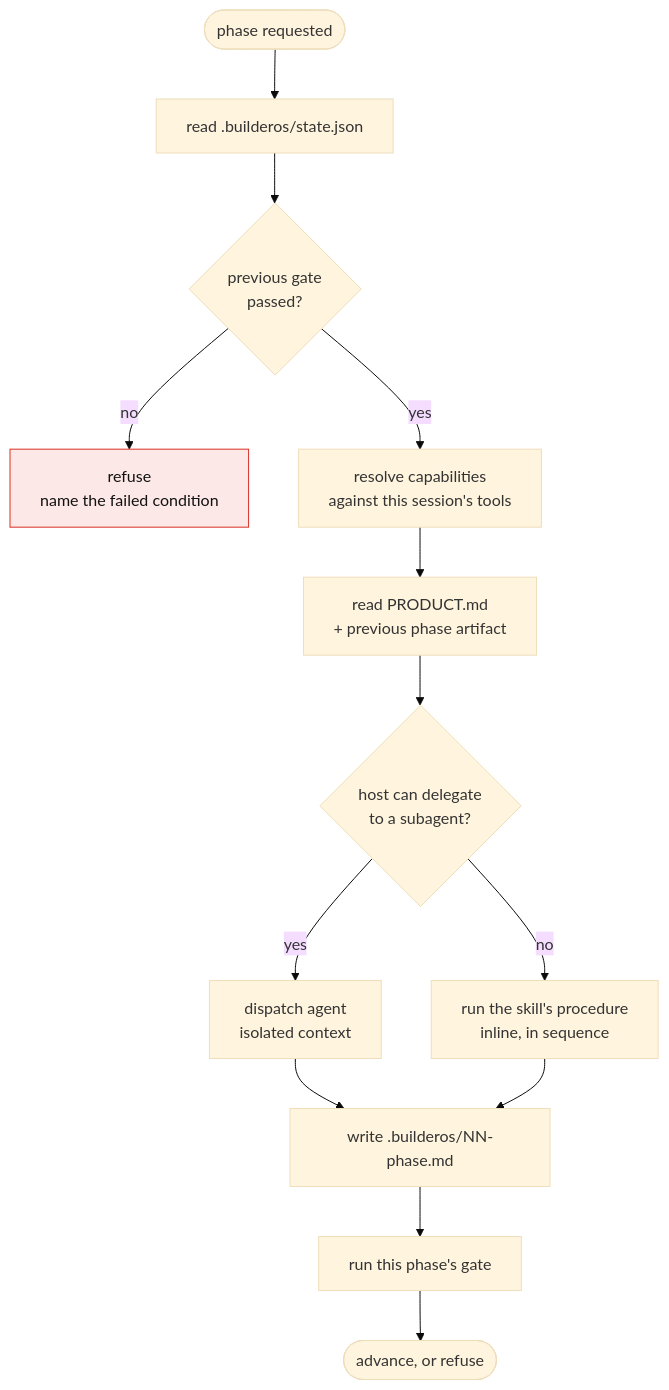
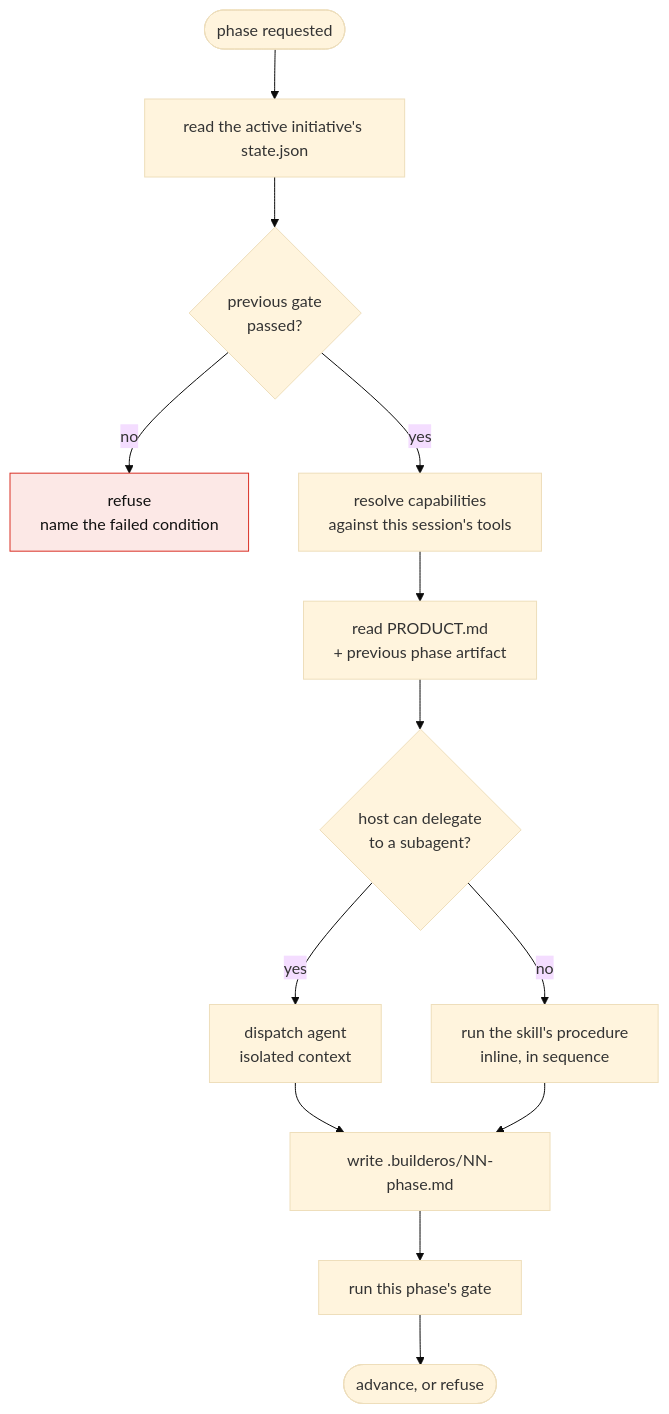
Before and after one commit to mariomile/builder-os: the fourth of 5 diagrams in README.md, drawn with Mermaid (base theme). The commit also changed other lines of this file and 110 other files, not shown here.

````diff
--- a/README.md
+++ b/README.md
@@ -108,18 +108,18 @@
 ```mermaid
 flowchart TD
-    START([phase requested]) --> ST["read .builderos/state.json"]
+    START([phase requested]) --> ST["read the active initiative's state.json"]
     ST --> G{"previous gate<br/>passed?"}
     G -->|no| REF["refuse<br/>name the failed condition"]
     G -->|yes| CAP["resolve capabilities<br/>against this session's tools"]
     CAP --> PREV["read PRODUCT.md<br/>+ previous phase artifact"]
     PREV --> SUB{"host can delegate<br/>to a subagent?"}
     SUB -->|yes| DEL["dispatch agent<br/>isolated context"]
     SUB -->|no| INL["run the skill's procedure<br/>inline, in sequence"]
     DEL --> ART["write .builderos/NN-phase.md"]
     INL --> ART
     ART --> GATE["run this phase's gate"]
     GATE --> OUT([advance, or refuse])
 
     classDef warn fill:#fce8e6,stroke:#d93025,color:#111
     class REF warn
 ```
````
